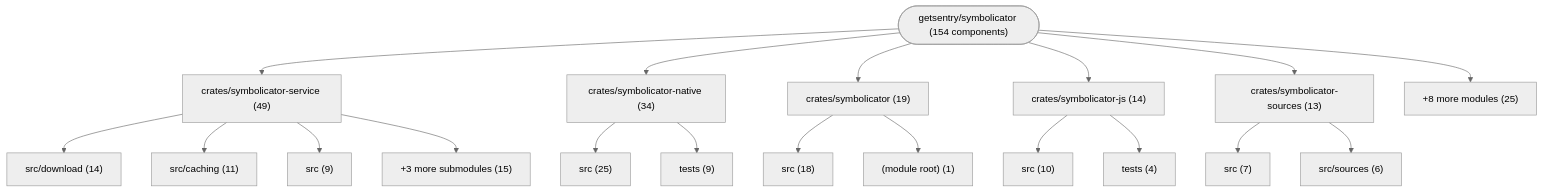
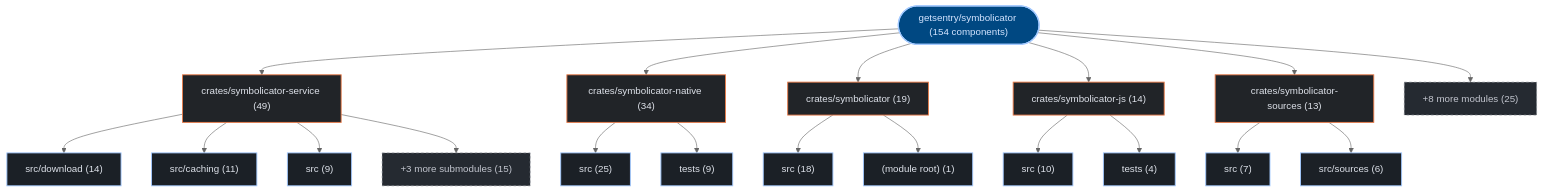
One commit to kumarshaz/atruss-code-atlas changed the first of 3 diagrams in exports/latest/reports/getsentry-symbolicator-report.md. Above: the diagram before and after it, drawn with Mermaid (neutral theme). The commit also changed other lines of this file and 331 other files, not shown here.

Commit message:
docs,ui,fix: update SDLC docs, reorder CI/CD DAG first, stylize Mermaid, and fix Arc42 pipeline topology

````diff
--- a/exports/latest/reports/getsentry-symbolicator-report.md
+++ b/exports/latest/reports/getsentry-symbolicator-report.md
@@ -42,40 +42,47 @@
 ```mermaid
 graph TD;
-    repo_root(["getsentry/symbolicator (154 components)"])
-    dir_0_crates_symbolicator_service["crates/symbolicator-service (49)"]
+  classDef atlasRoot fill:#004882,stroke:#a3c9ff,stroke-width:2px,color:#d3e4ff
+  classDef atlasCategory fill:#212428,stroke:#E87A48,stroke-width:1.5px,color:#dfe3eb
+  classDef atlasWorkflow fill:#1b2026,stroke:#a3c9ff,stroke-width:1.5px,color:#dfe3eb
+  classDef atlasJob fill:#171c22,stroke:#8d9199,stroke-width:1px,color:#dfe3eb
+  classDef atlasTarget fill:#005227,stroke:#8bd99b,stroke-width:1.5px,color:#a7f6b6
+  classDef atlasAlert fill:#93000a,stroke:#ffb4ab,stroke-width:1.5px,color:#ffdad6
+  classDef atlasMore fill:#252a31,stroke:#8d9199,stroke-dasharray:4 4,color:#c3c6cf
+    repo_root(["getsentry/symbolicator (154 components)"]):::atlasRoot
+    dir_0_crates_symbolicator_service["crates/symbolicator-service (49)"]:::atlasCategory
     repo_root --> dir_0_crates_symbolicator_service
-    sub_0_0_src_download["src/download (14)"]
+    sub_0_0_src_download["src/download (14)"]:::atlasWorkflow
     dir_0_crates_symbolicator_service --> sub_0_0_src_download
-    sub_0_1_src_caching["src/caching (11)"]
+    sub_0_1_src_caching["src/caching (11)"]:::atlasWorkflow
     dir_0_crates_symbolicator_service --> sub_0_1_src_caching
-    sub_0_2_src["src (9)"]
+    sub_0_2_src["src (9)"]:::atlasWorkflow
     dir_0_crates_symbolicator_service --> sub_0_2_src
-    sub_0_more["+3 more submodules (15)"]
+    sub_0_more["+3 more submodules (15)"]:::atlasMore
     dir_0_crates_symbolicator_service --> sub_0_more
-    dir_1_crates_symbolicator_native["crates/symbolicator-native (34)"]
+    dir_1_crates_symbolicator_native["crates/symbolicator-native (34)"]:::atlasCategory
     repo_root --> dir_1_crates_symbolicator_native
-    sub_1_0_src["src (25)"]
+    sub_1_0_src["src (25)"]:::atlasWorkflow
     dir_1_crates_symbolicator_native --> sub_1_0_src
-    sub_1_1_tests["tests (9)"]
+    sub_1_1_tests["tests (9)"]:::atlasWorkflow
     dir_1_crates_symbolicator_native --> sub_1_1_tests
-    dir_2_crates_symbolicator["crates/symbolicator (19)"]
+    dir_2_crates_symbolicator["crates/symbolicator (19)"]:::atlasCategory
     repo_root --> dir_2_crates_symbolicator
-    sub_2_0_src["src (18)"]
+    sub_2_0_src["src (18)"]:::atlasWorkflow
     dir_2_crates_symbolicator --> sub_2_0_src
-    sub_2_1__module_root_["(module root) (1)"]
+    sub_2_1__module_root_["(module root) (1)"]:::atlasWorkflow
     dir_2_crates_symbolicator --> sub_2_1__module_root_
-    dir_3_crates_symbolicator_js["crates/symbolicator-js (14)"]
+    dir_3_crates_symbolicator_js["crates/symbolicator-js (14)"]:::atlasCategory
     repo_root --> dir_3_crates_symbolicator_js
-    sub_3_0_src["src (10)"]
+    sub_3_0_src["src (10)"]:::atlasWorkflow
     dir_3_crates_symbolicator_js --> sub_3_0_src
-    sub_3_1_tests["tests (4)"]
+    sub_3_1_tests["tests (4)"]:::atlasWorkflow
     dir_3_crates_symbolicator_js --> sub_3_1_tests
-    dir_4_crates_symbolicator_sources["crates/symbolicator-sources (13)"]
+    dir_4_crates_symbolicator_sources["crates/symbolicator-sources (13)"]:::atlasCategory
     repo_root --> dir_4_crates_symbolicator_sources
-    sub_4_0_src["src (7)"]
+    sub_4_0_src["src (7)"]:::atlasWorkflow
     dir_4_crates_symbolicator_sources --> sub_4_0_src
-    sub_4_1_src_sources["src/sources (6)"]
+    sub_4_1_src_sources["src/sources (6)"]:::atlasWorkflow
     dir_4_crates_symbolicator_sources --> sub_4_1_src_sources
-    dir_other_modules["+8 more modules (25)"]
+    dir_other_modules["+8 more modules (25)"]:::atlasMore
     repo_root --> dir_other_modules
 ```
````
